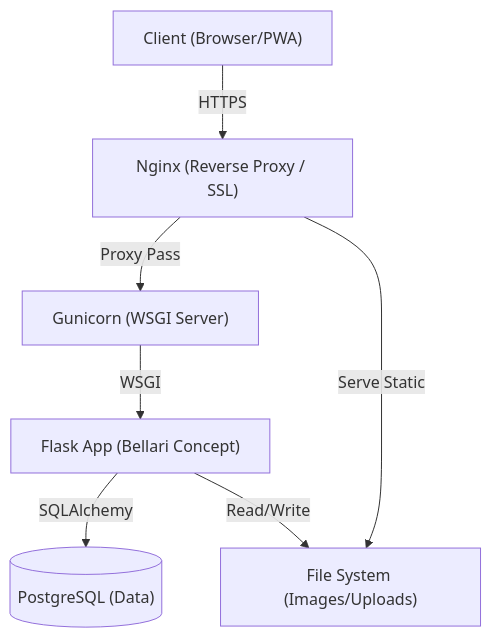
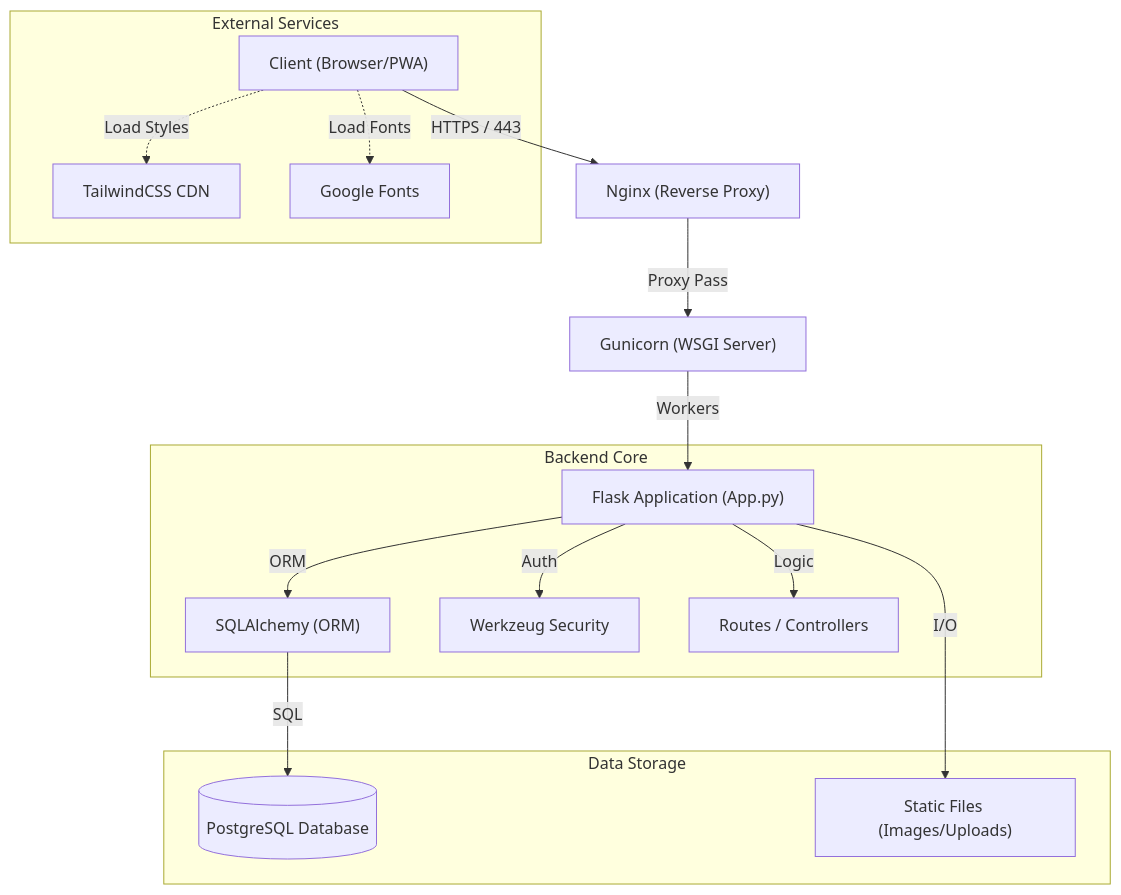
Before and after one commit to moa-digitalagency/BellariConcept: the diagram in docs/Bellari_Concept_Architecture_EN.md, drawn with Mermaid. The commit also changed other lines of this file and 8 other files, not shown here.

Commit message:
Docs: Generate enterprise-grade bilingual documentation and legal files for Bellari Concept

````diff
--- a/docs/Bellari_Concept_Architecture_EN.md
+++ b/docs/Bellari_Concept_Architecture_EN.md
@@ -15,16 +16,22 @@
 ```mermaid
 graph TD
-    Client["Client (Browser/PWA)"]
-    Nginx["Nginx (Reverse Proxy / SSL)"]
-    Gunicorn["Gunicorn (WSGI Server)"]
-    Flask["Flask App (Bellari Concept)"]
-    DB[("PostgreSQL (Data)")]
-    FS["File System (Images/Uploads)"]
+    Client["Client (Browser/PWA)"] -->|HTTPS / 443| Nginx["Nginx (Reverse Proxy)"]
+    Nginx -->|Proxy Pass| Gunicorn["Gunicorn (WSGI Server)"]
+    Gunicorn -->|Workers| Flask["Flask Application (App.py)"]
 
-    Client -->|HTTPS| Nginx
-    Nginx -->|Proxy Pass| Gunicorn
-    Nginx -->|Serve Static| FS
-    Gunicorn -->|WSGI| Flask
-    Flask -->|SQLAlchemy| DB
-    Flask -->|Read/Write| FS
+    subgraph "Backend Core"
+        Flask -->|ORM| SQLAlchemy["SQLAlchemy (ORM)"]
+        Flask -->|Auth| Security["Werkzeug Security"]
+        Flask -->|Logic| Routes["Routes / Controllers"]
+    end
+
+    subgraph "Data Storage"
+        SQLAlchemy -->|SQL| DB[("PostgreSQL Database")]
+        Flask -->|I/O| Static["Static Files (Images/Uploads)"]
+    end
+
+    subgraph "External Services"
+        Client -.->|Load Styles| CDN["TailwindCSS CDN"]
+        Client -.->|Load Fonts| Fonts["Google Fonts"]
+    end
 ```
````
